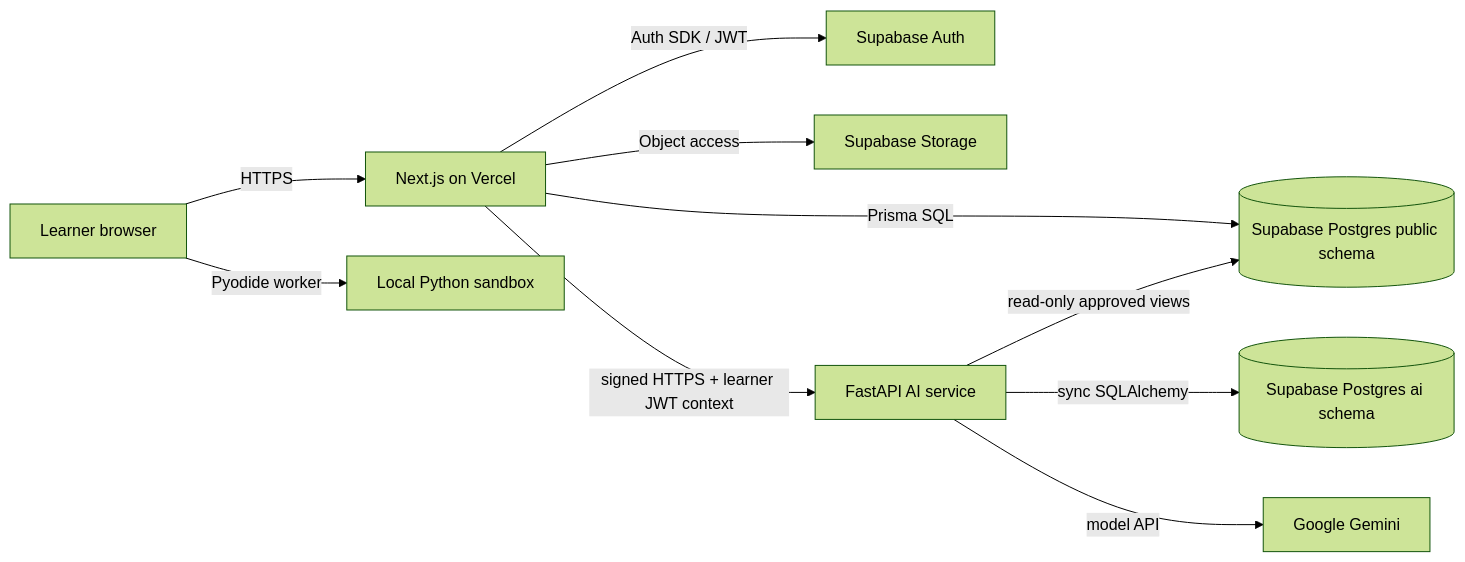
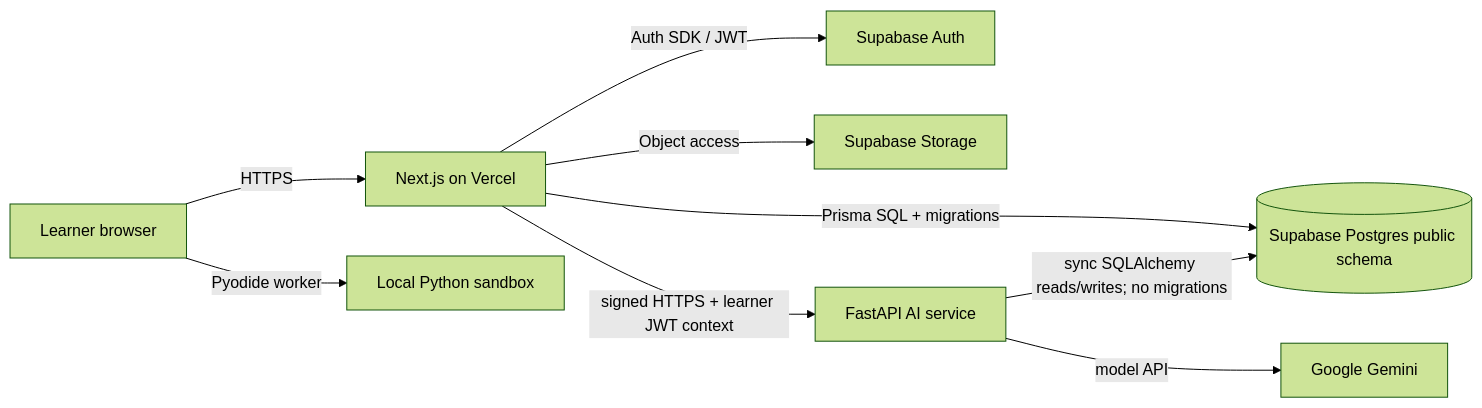
One commit to Victoris-5-0/TICO changed the diagram in docs/05-system-architecture.md. Above: the diagram before and after it, drawn with Mermaid (forest theme). The commit also changed other lines of this file and 9 other files, not shown here.

Commit message:
docs: align agents with Prisma schema ownership

````diff
--- a/docs/05-system-architecture.md
+++ b/docs/05-system-architecture.md
@@ -5,12 +5,11 @@
 ```mermaid
 flowchart LR
     U[Learner browser] -->|HTTPS| N[Next.js on Vercel]
     U -->|Pyodide worker| P[Local Python sandbox]
-    N -->|Prisma SQL| D[(Supabase Postgres public schema)]
+    N -->|Prisma SQL + migrations| D[(Supabase Postgres public schema)]
     N -->|Auth SDK / JWT| A[Supabase Auth]
     N -->|Object access| S[Supabase Storage]
     N -->|signed HTTPS + learner JWT context| F[FastAPI AI service]
-    F -->|sync SQLAlchemy| I[(Supabase Postgres ai schema)]
-    F -->|read-only approved views| D
+    F -->|sync SQLAlchemy reads/writes; no migrations| D
     F -->|model API| G[Google Gemini]
 ```
````
